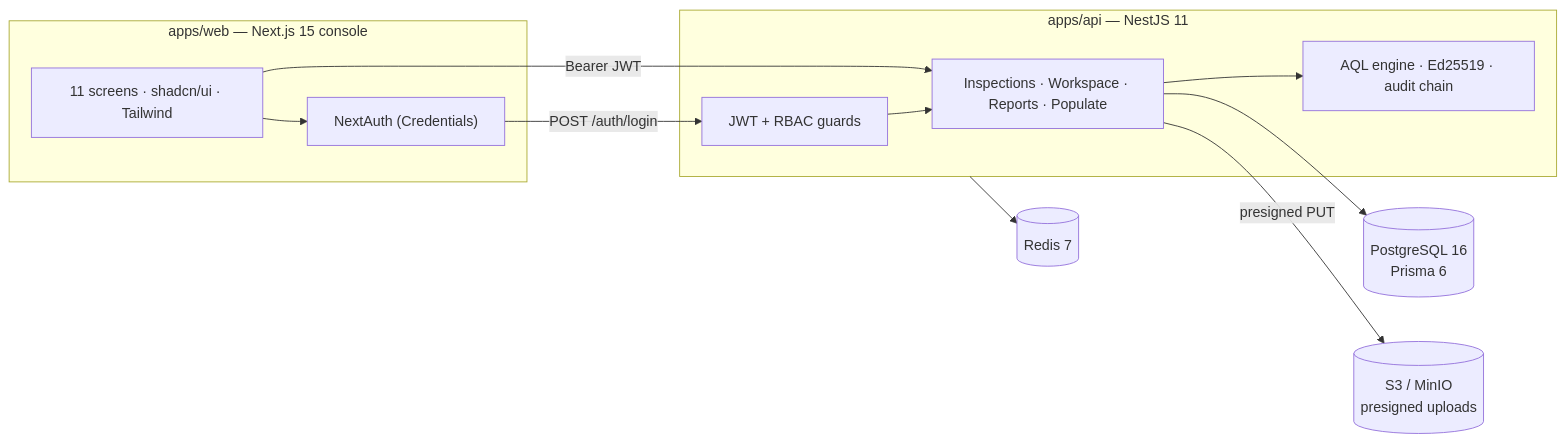
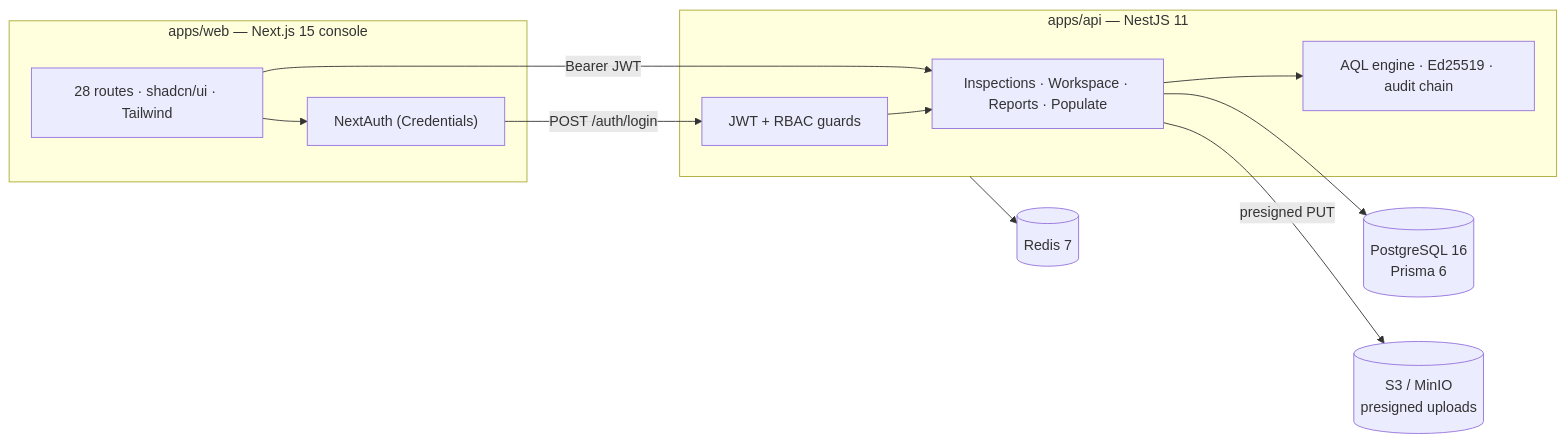
Before and after one commit to IjunaidI/Inspect-monorepo: the diagram in README.md, drawn with Mermaid. The commit also changed other lines of this file, not shown here.

````diff
--- a/README.md
+++ b/README.md
@@ -56,22 +56,22 @@
 ```mermaid
 flowchart LR
     subgraph Web["apps/web — Next.js 15 console"]
-        UI["11 screens · shadcn/ui · Tailwind"]
+        UI["28 routes · shadcn/ui · Tailwind"]
         NA["NextAuth (Credentials)"]
     end
     subgraph API["apps/api — NestJS 11"]
         AUTH["JWT + RBAC guards"]
         DOMAIN["AQL engine · Ed25519 · audit chain"]
         MODULES["Inspections · Workspace · Reports · Populate"]
     end
     DB[("PostgreSQL 16<br/>Prisma 6")]
     RD[("Redis 7")]
     S3[("S3 / MinIO<br/>presigned uploads")]
 
     UI --> NA -->|"POST /auth/login"| AUTH
     UI -->|"Bearer JWT"| MODULES
     AUTH --> MODULES --> DOMAIN
     MODULES --> DB
     API --> RD
     MODULES -->|"presigned PUT"| S3
 ```
````
